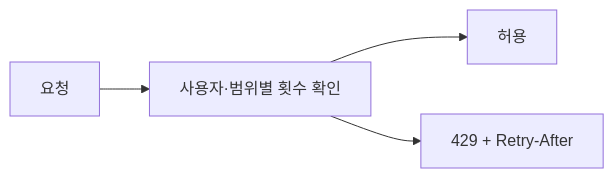
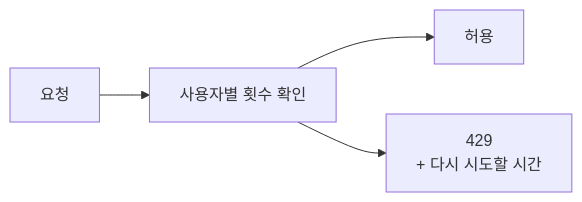
Before and after one commit to GETDDO/getddo-be: diagram 11 of 13 in README.md, drawn with Mermaid. The commit also changed other lines of this file, not shown here.

````diff
--- a/README.md
+++ b/README.md
@@ -515,6 +523,6 @@
 ```mermaid
 flowchart LR
-    Req["요청"] --> Count["사용자·범위별 횟수 확인"]
+    Req["요청"] --> Count["사용자별 횟수 확인"]
     Count --> Ok["허용"]
-    Count --> Deny["429 + Retry-After"]
+    Count --> Deny["429<br/>+ 다시 시도할 시간"]
 ```
````
